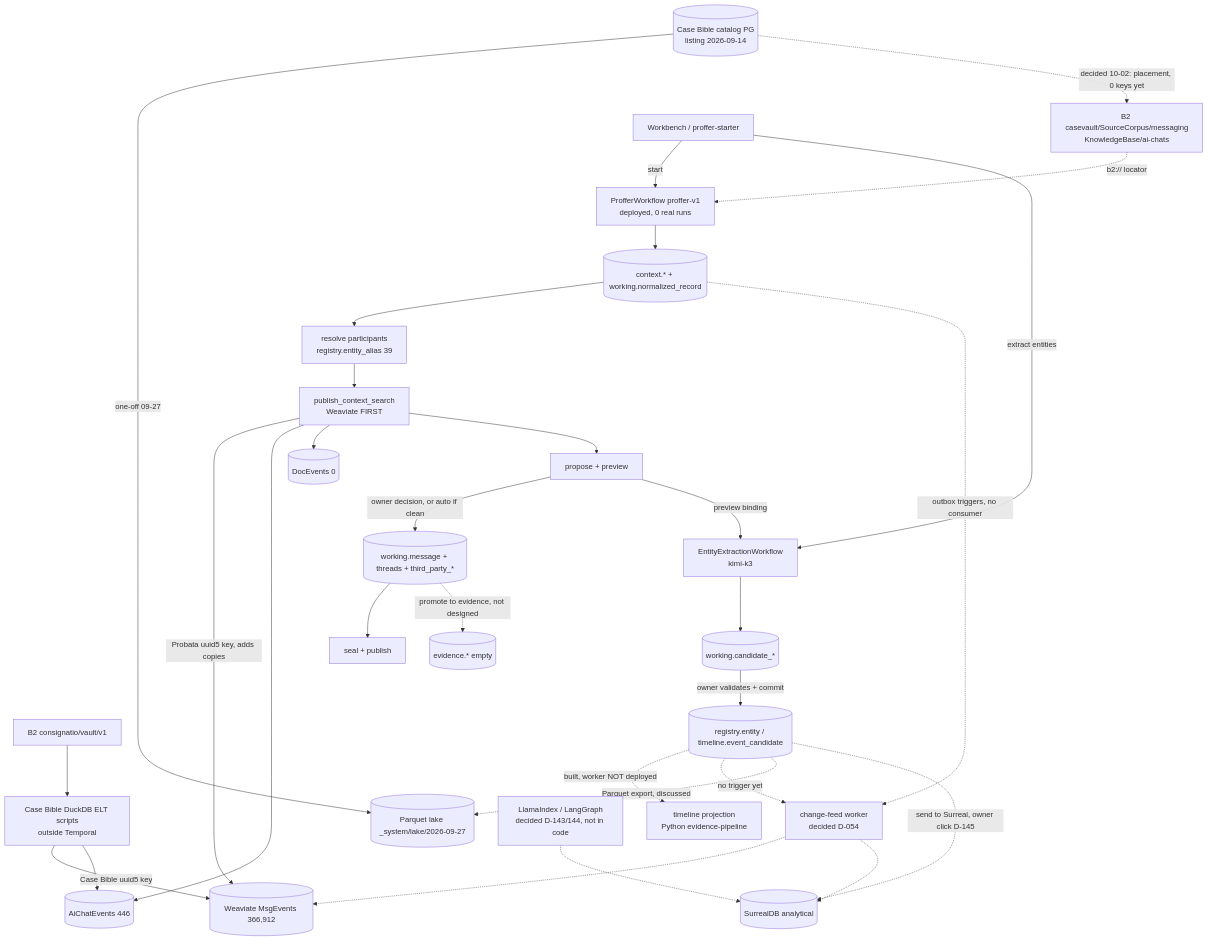
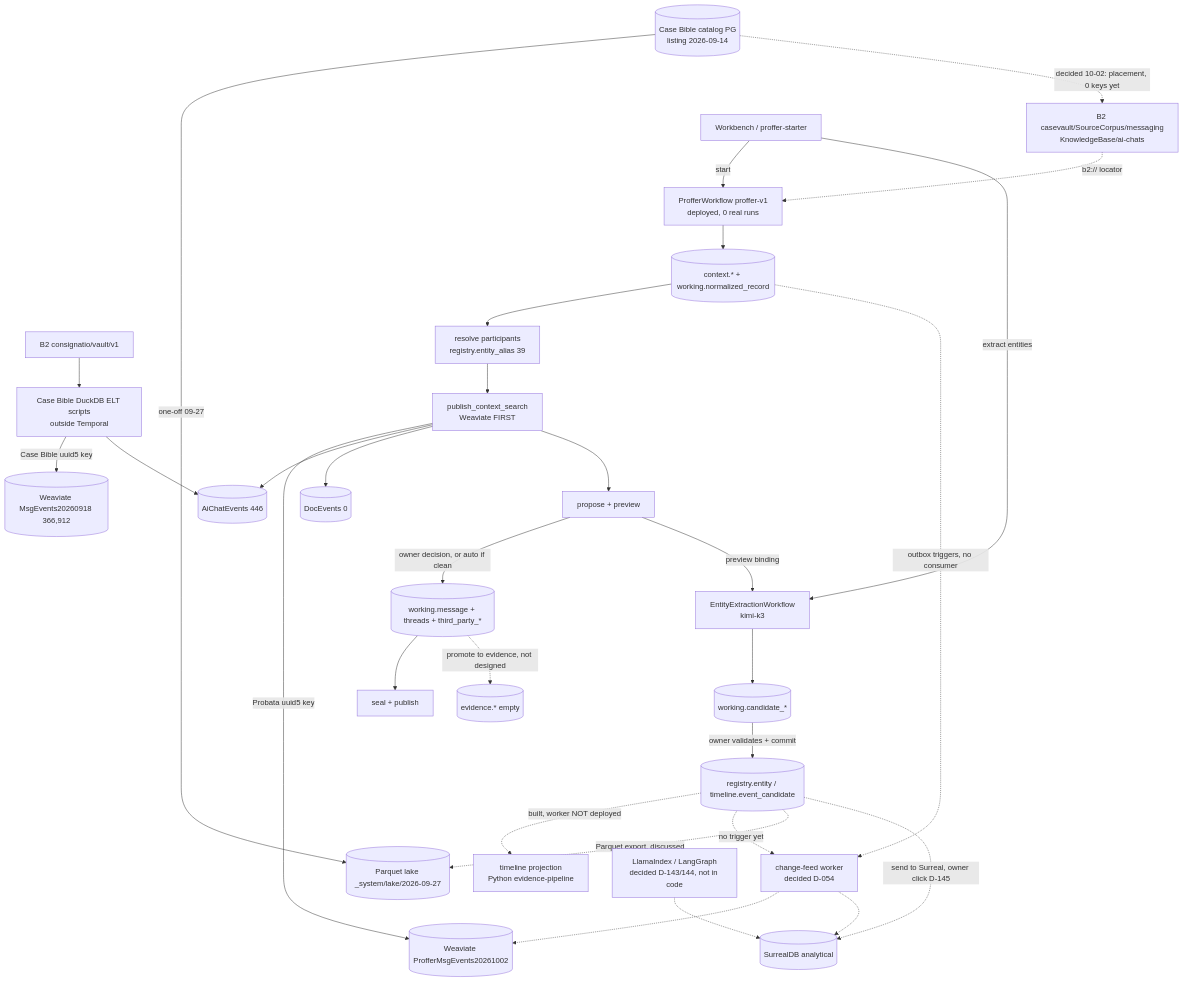
The diagram in modules/Probata/probata/docs/reference/2026-10-02-message-flow-as-built.md (Cursedpotential/propria), drawn with Mermaid before and after one commit. The commit also changed other lines of this file and 4 other files, not shown here.

First line of the commit message:
feat(proffer): write messages and calls to ProfferMsgEvents20261002, apart from the Case Bible collection

````diff
--- a/modules/Probata/probata/docs/reference/2026-10-02-message-flow-as-built.md
+++ b/modules/Probata/probata/docs/reference/2026-10-02-message-flow-as-built.md
@@ -109,40 +106,41 @@
 ```mermaid
 flowchart TD
   CAT[(Case Bible catalog PG<br/>listing 2026-09-14)]
   B2OLD[B2 consignatio/vault/v1]
   CV[B2 casevault/SourceCorpus/messaging<br/>KnowledgeBase/ai-chats]
   CBELT[Case Bible DuckDB ELT scripts<br/>outside Temporal]
   LAKE[(Parquet lake _system/lake/2026-09-27)]
-  MSG[(Weaviate MsgEvents 366,912)]
+  MSG[(Weaviate MsgEvents20260918 366,912)]
+  PMSG[(Weaviate ProfferMsgEvents20261002)]
   AIC[(AiChatEvents 446)]
   DOC[(DocEvents 0)]
   B2OLD --> CBELT
   CBELT -->|Case Bible uuid5 key| MSG
   CBELT --> AIC
   CAT -->|one-off 09-27| LAKE
   CAT -.->|decided 10-02: placement, 0 keys yet| CV
   CV -.->|b2:// locator| PW
   WB[Workbench / proffer-starter] -->|start| PW[ProfferWorkflow proffer-v1<br/>deployed, 0 real runs]
   PW --> NORM[(context.* + working.normalized_record)]
   NORM --> RES[resolve participants<br/>registry.entity_alias 39]
   RES --> PCS[publish_context_search<br/>Weaviate FIRST]
-  PCS -->|Probata uuid5 key, adds copies| MSG
+  PCS -->|Probata uuid5 key| PMSG
   PCS --> AIC
   PCS --> DOC
   PCS --> PREV[propose + preview]
   PREV -->|owner decision, or auto if clean| COMMIT[(working.message + threads + third_party_*)]
   COMMIT --> SEAL[seal + publish]
   WB -->|extract entities| EX[EntityExtractionWorkflow<br/>kimi-k3]
   PREV -->|preview binding| EX
   EX --> CAND[(working.candidate_*)]
   CAND -->|owner validates + commit| REG[(registry.entity / timeline.event_candidate)]
   REG -.->|built, worker NOT deployed| TS[timeline projection<br/>Python evidence-pipeline]
   NORM -.->|outbox triggers, no consumer| CDC[change-feed worker<br/>decided D-054]
   REG -.->|no trigger yet| CDC
-  CDC -.-> MSG
+  CDC -.-> PMSG
   CDC -.-> SC[(SurrealDB analytical)]
   REG -.->|Parquet export, discussed| LAKE
   REG -.->|send to Surreal, owner click D-145| SC
   COMMIT -.->|promote to evidence, not designed| EV[(evidence.* empty)]
   LI[LlamaIndex / LangGraph<br/>decided D-143/144, not in code] -.-> SC
 ```
````
